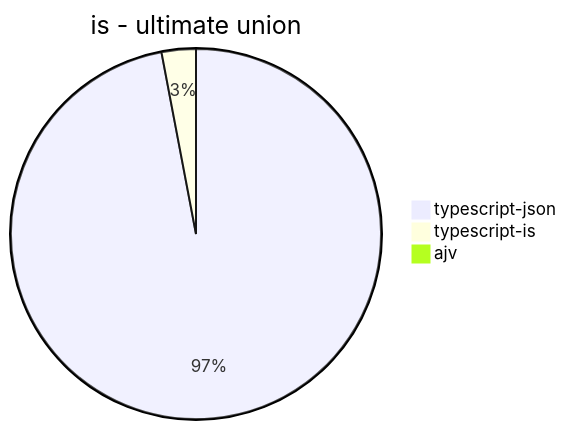
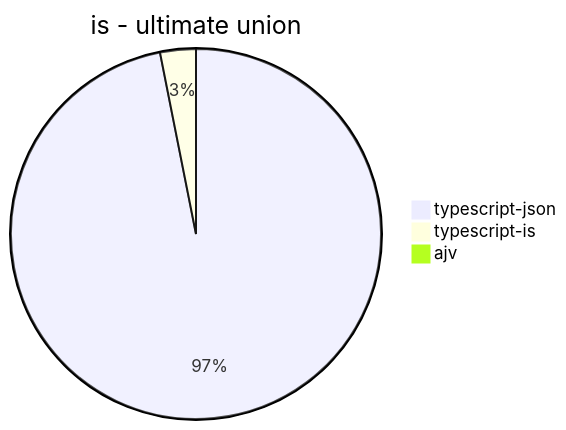
One commit to samchon/typia changed diagram 14 of 30 in benchmark/results/Apple M1.md. Above: the diagram before and after it, drawn with Mermaid. The commit also changed other lines of this file, not shown here.

````diff
--- a/benchmark/results/Apple M1.md
+++ b/benchmark/results/Apple M1.md
@@ -132,6 +133,6 @@
 ```mermaid
 pie title is - ultimate union
-  "typescript-json": 11790.645039607696
-  "typescript-is": 363.4039444850256
+  "typescript-json": 10941.351150705272
+  "typescript-is": 352.41123476417596
   "ajv": 0
 ```
````
